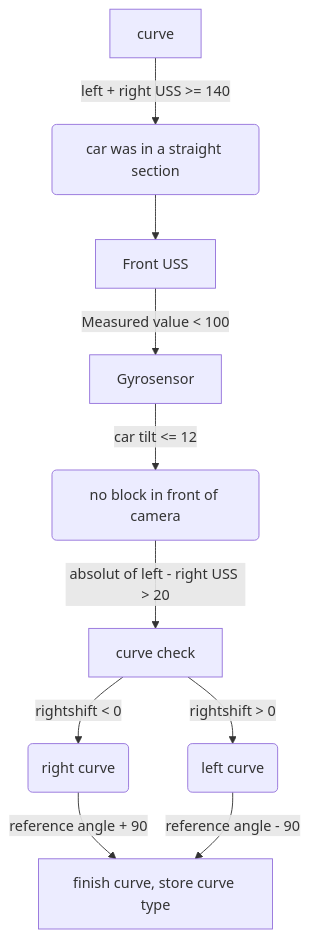
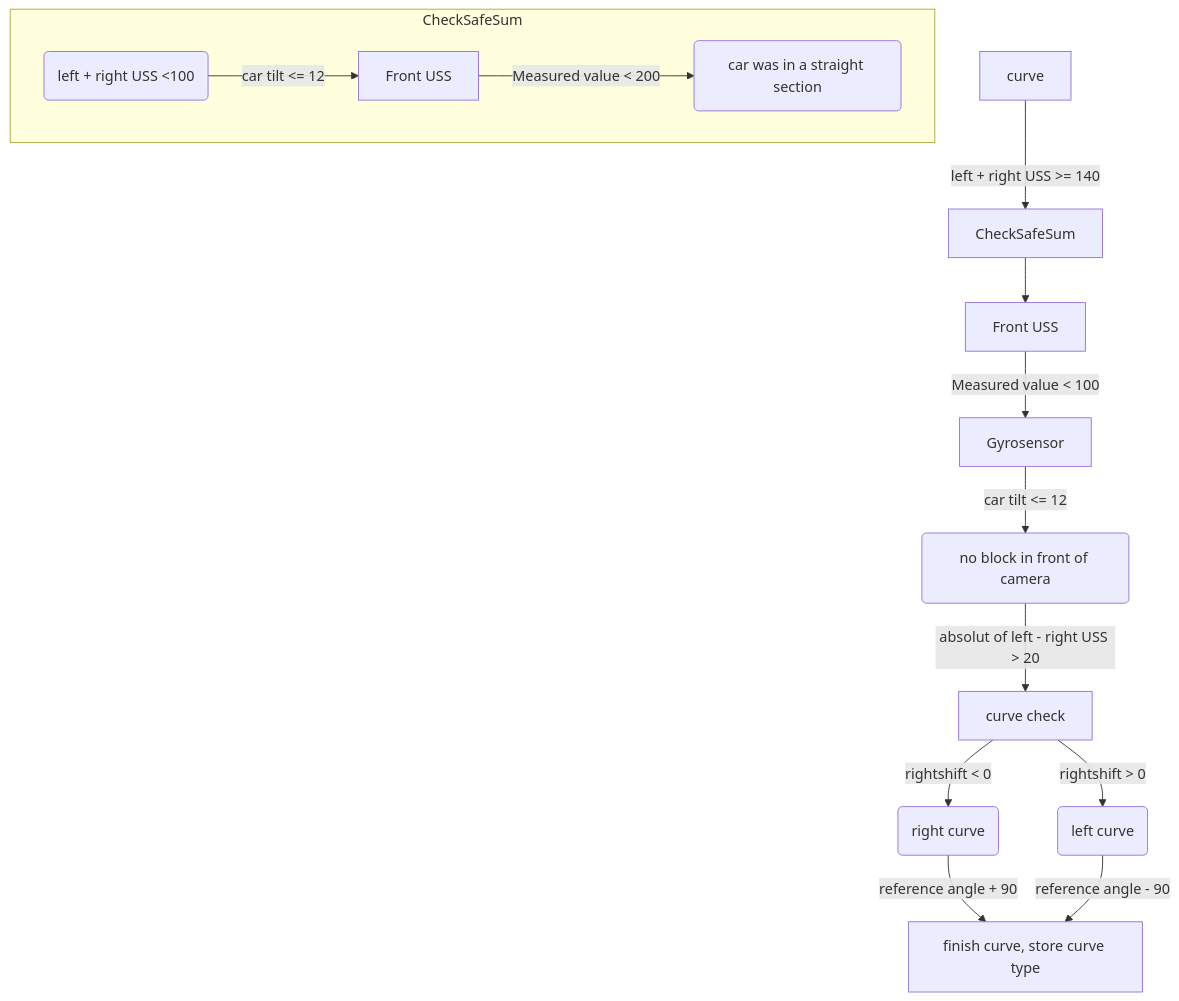
One commit to SchroedingersBit/PfortGTPanama changed the second of 2 diagrams in programming/OpenChallenge/README.md. Above: the diagram before and after it, drawn with Mermaid.

````diff
--- a/programming/OpenChallenge/README.md
+++ b/programming/OpenChallenge/README.md
@@ -24,13 +24,20 @@
 ```mermaid
 flowchart TB;
 
-curve --> | left + right USS >= 140| S(car was in a straight section) --> F[Front USS];
+curve --> | left + right USS >= 140| CheckSafeSum;
+
+subgraph  CheckSafeSum
+D(left + right USS <100) --> |car tilt <= 12| Front2[Front USS];
+Front2 --> |Measured value < 200| Straight(car was in a straight section);
+end
+
+CheckSafeSum --> F[Front USS];
 F--> |Measured value < 100| Gyrosensor;
 Gyrosensor --> |car tilt <= 12 | B(no block in front of camera);
 B --> |absolut of left - right USS > 20| C[curve check]
 C --> |rightshift < 0| R(right curve);
 R --> |reference angle + 90 |K[finish curve, store curve type];
 C --> |rightshift > 0| L(left curve);
 L --> |reference angle - 90 |K;
 
 ```
````
